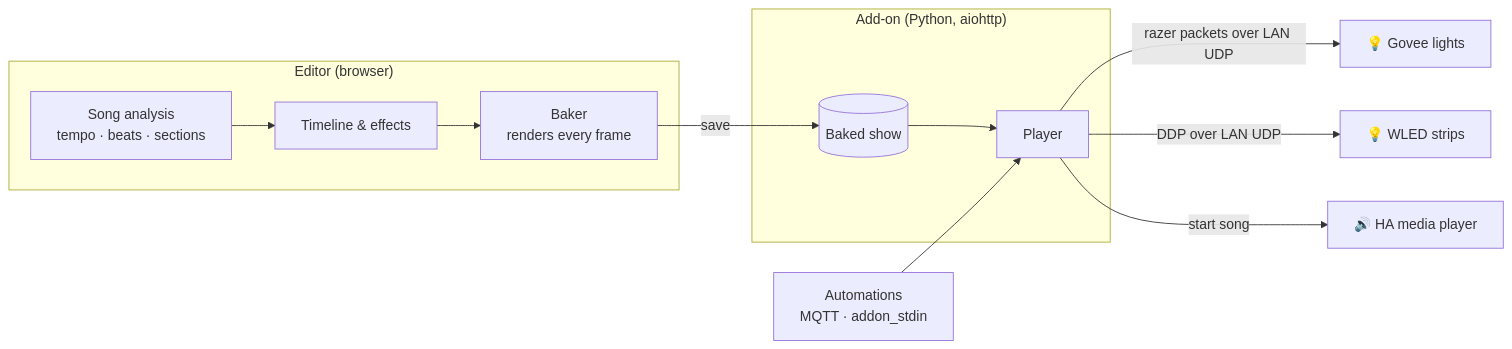
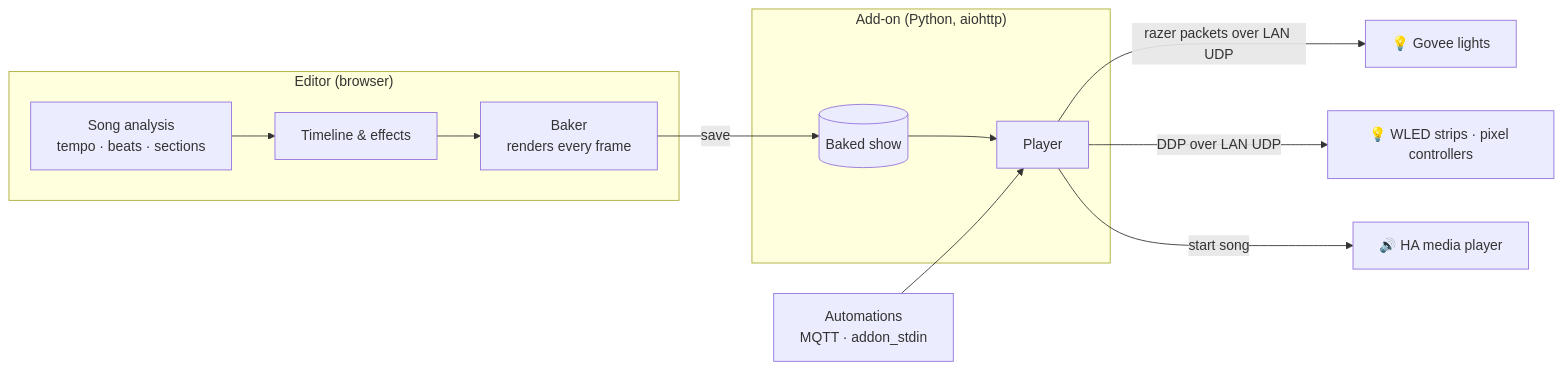
Before and after one commit to gavin-vbmedia/govee-ha-show: the diagram in README.md, drawn with Mermaid. The commit also changed other lines of this file and 17 other files, not shown here.

````diff
--- a/README.md
+++ b/README.md
@@ -147,15 +149,15 @@
 ```mermaid
 flowchart LR
     subgraph Browser["Editor (browser)"]
         A[Song analysis<br/>tempo · beats · sections] --> B[Timeline &amp; effects]
         B --> C[Baker<br/>renders every frame]
     end
     subgraph Addon["Add-on (Python, aiohttp)"]
         D[(Baked show)] --> E[Player]
     end
     C -- save --> D
     E -- "razer packets over LAN UDP" --> F[💡 Govee lights]
-    E -- "DDP over LAN UDP" --> W[💡 WLED strips]
+    E -- "DDP over LAN UDP" --> W[💡 WLED strips · pixel controllers]
     E -- "start song" --> G[🔊 HA media player]
     H[Automations<br/>MQTT · addon_stdin] --> E
 ```
````
